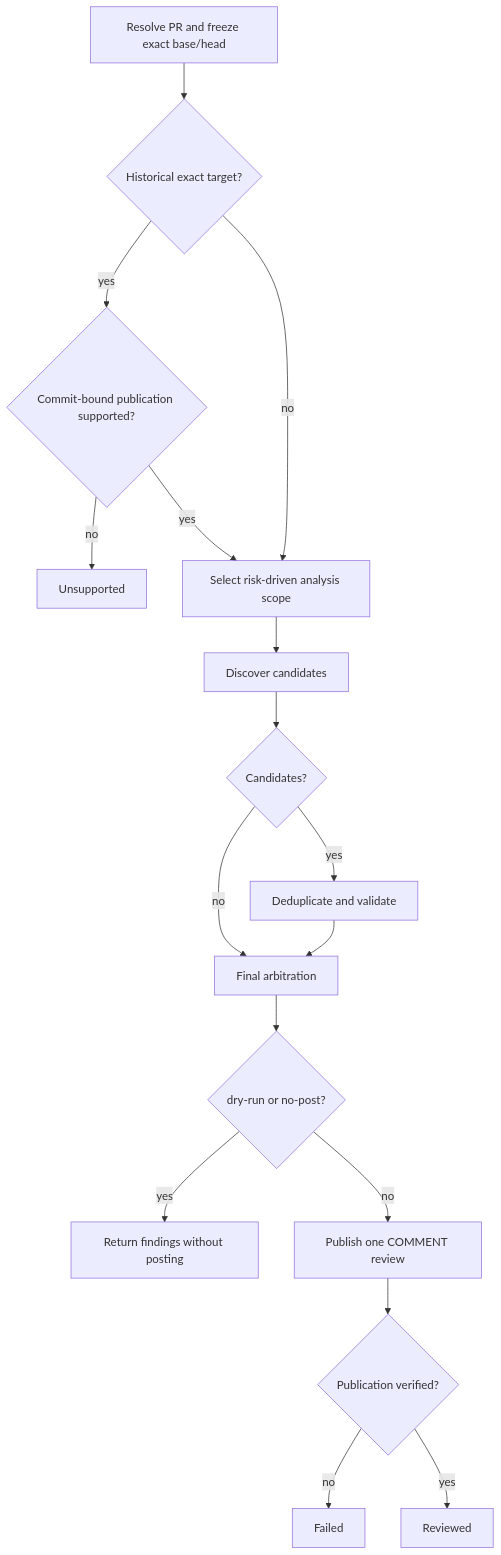
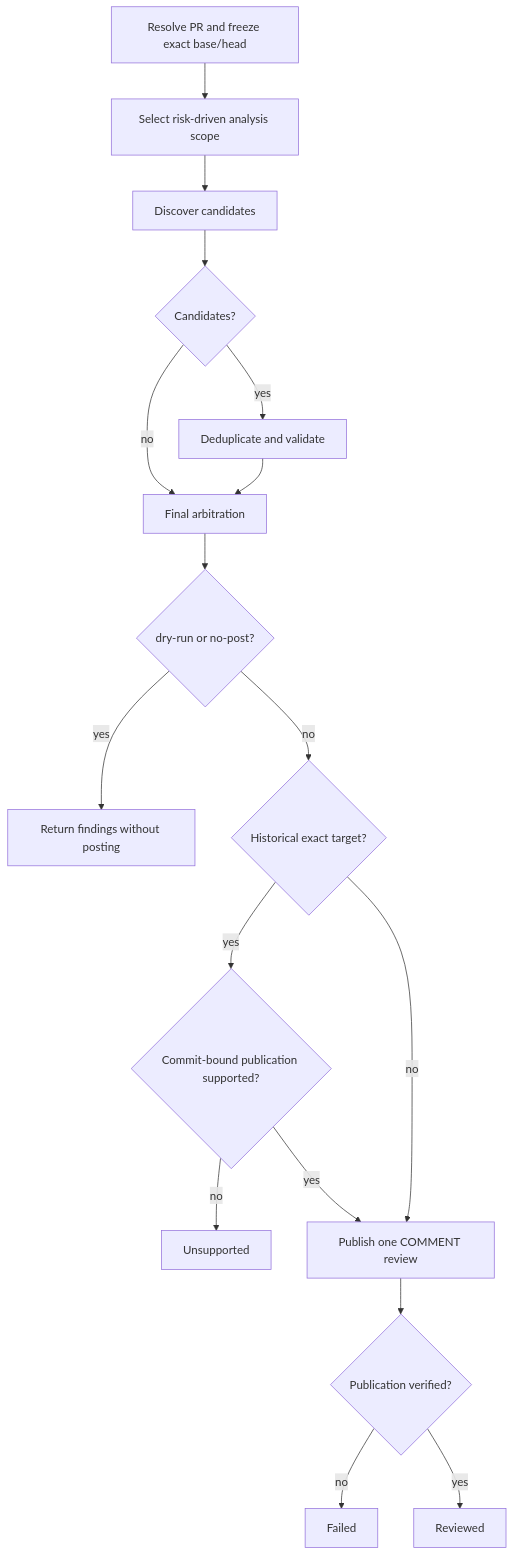
Before and after one commit to dceoy/pr-loop: the diagram in skills/pr-review/SKILL.md, drawn with Mermaid.

Commit message:
Fix review publication flow

````diff
--- a/skills/pr-review/SKILL.md
+++ b/skills/pr-review/SKILL.md
@@ -37,19 +37,19 @@
 ```mermaid
 flowchart TD
-  A[Resolve PR and freeze exact base/head] --> B{Historical exact target?}
-  B -->|yes| C{Commit-bound publication supported?}
-  C -->|no| U[Unsupported]
-  C -->|yes| D[Select risk-driven analysis scope]
-  B -->|no| D
+  A[Resolve PR and freeze exact base/head] --> D[Select risk-driven analysis scope]
   D --> E[Discover candidates]
   E --> F{Candidates?}
   F -->|yes| G[Deduplicate and validate]
   F -->|no| H[Clean arbitration]
   G --> H[Final arbitration]
   H --> I{dry-run or no-post?}
   I -->|yes| R[Return findings without posting]
-  I -->|no| J[Publish one COMMENT review]
+  I -->|no| B{Historical exact target?}
+  B -->|yes| C{Commit-bound publication supported?}
+  C -->|no| U[Unsupported]
+  C -->|yes| J[Publish one COMMENT review]
+  B -->|no| J
   J --> K{Publication verified?}
   K -->|no| X[Failed]
   K -->|yes| Z[Reviewed]
 ```
````
